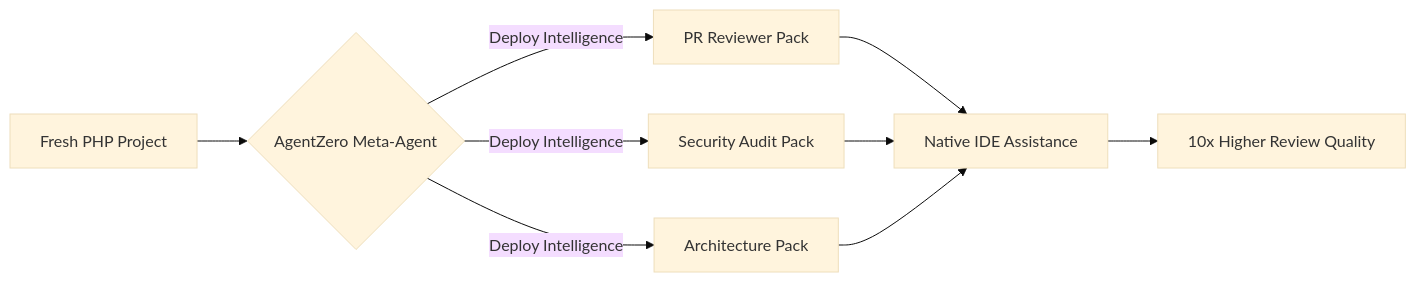
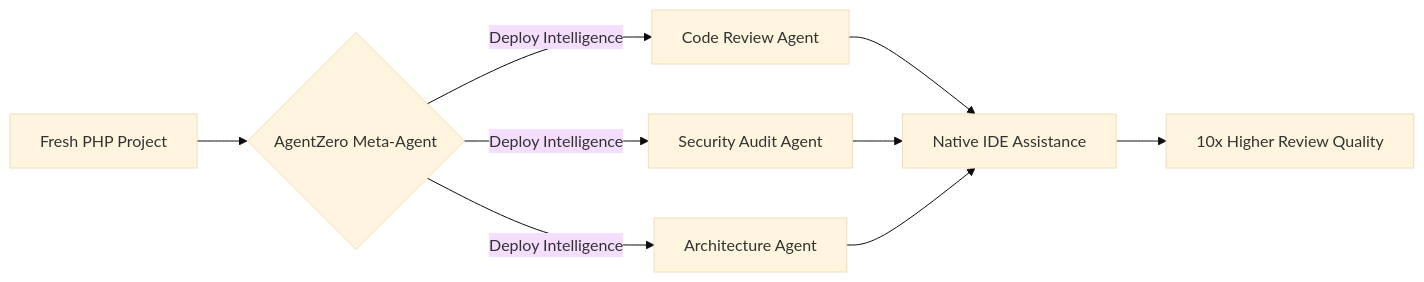
The diagram in README.md (laxit-patel-simform/agentzero), drawn with Mermaid (base theme) before and after one commit. The commit also changed other lines of this file and 11 other files, not shown here.

````diff
--- a/README.md
+++ b/README.md
@@ -18,11 +18,11 @@
 ```mermaid
 graph LR
     A[Fresh PHP Project] --> B{AgentZero Meta-Agent}
-    B -->|Deploy Intelligence| C[PR Reviewer Pack]
-    B -->|Deploy Intelligence| D[Security Audit Pack]
-    B -->|Deploy Intelligence| E[Architecture Pack]
+    B -->|Deploy Intelligence| C[Code Review Agent]
+    B -->|Deploy Intelligence| D[Security Audit Agent]
+    B -->|Deploy Intelligence| E[Architecture Agent]
     C --> F[Native IDE Assistance]
     D --> F
     E --> F
     F --> G[10x Higher Review Quality]
 ```
````
